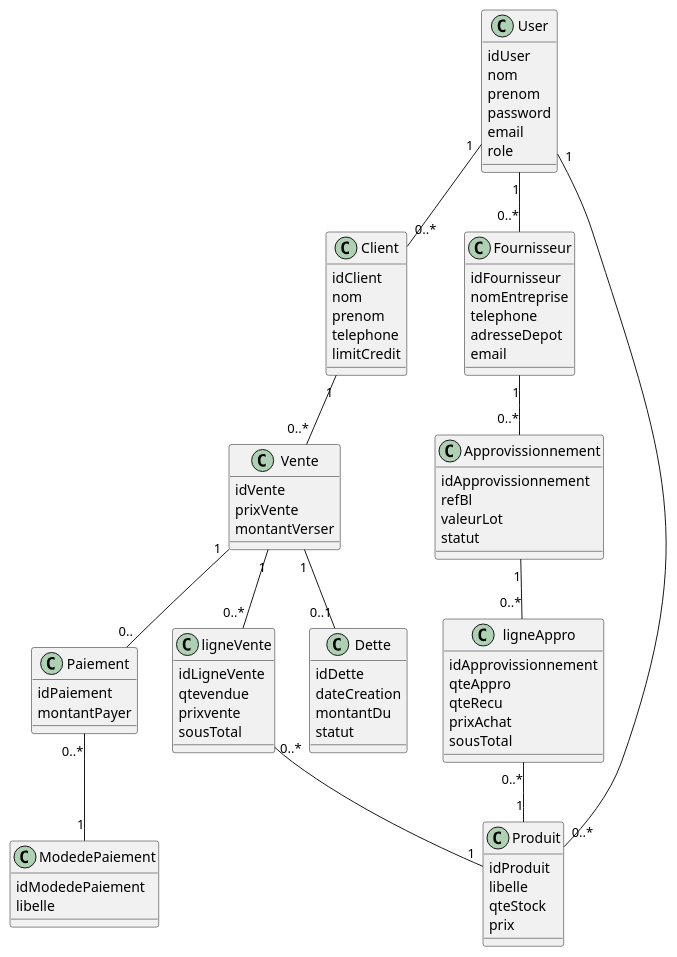
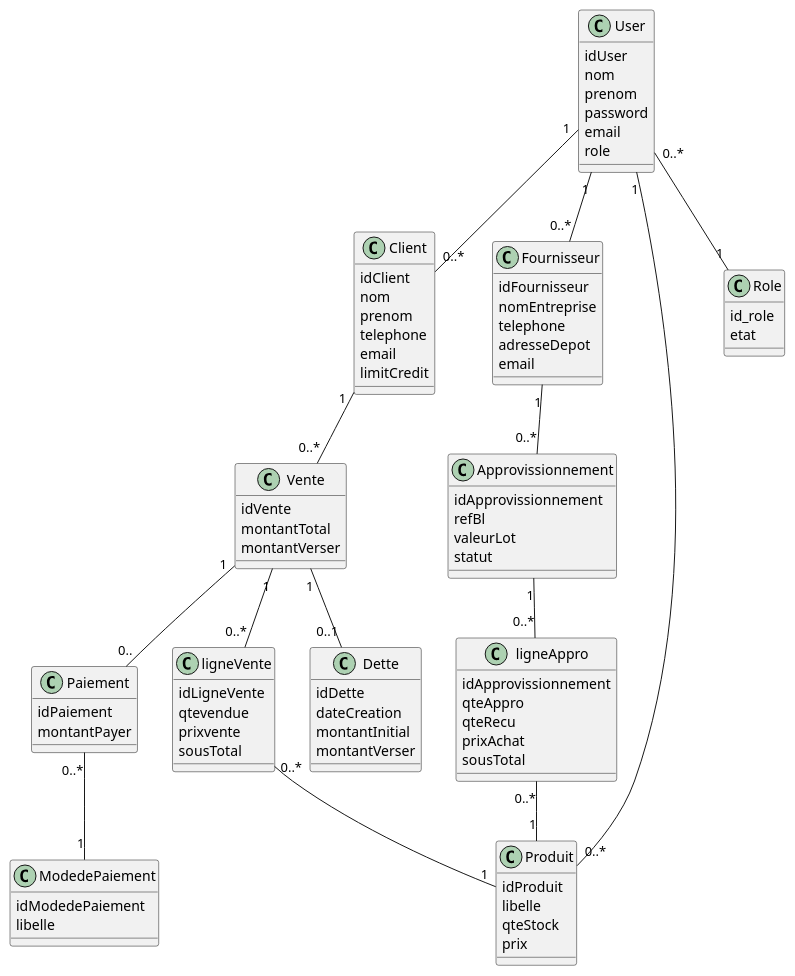
One commit to FatmataNdiaye06/StoreManager changed the diagram in docs/DiagrammeDeClasse.puml. Above: the diagram before and after it, drawn with PlantUML. The commit also changed 15 other files, not shown here.

```diff
--- a/docs/DiagrammeDeClasse.puml
+++ b/docs/DiagrammeDeClasse.puml
@@ -1,97 +1,106 @@
 @startuml use case
  class User{
     idUser 
     nom 
     prenom 
     password
     email
     role
  }
   class Client{
     idClient 
     nom 
     prenom 
     telephone
+    email
     limitCredit
    
  }
  class Fournisseur{
     idFournisseur
     nomEntreprise 
     telephone
     adresseDepot
     email 
    
  }
  
  class Approvissionnement{
     idApprovissionnement
     refBl 
     valeurLot
     statut
 
  }
   class ligneAppro{
     idApprovissionnement
     qteAppro
     qteRecu
     prixAchat
     sousTotal
 
  }
 
  class Vente{
     idVente
-    prixVente
+    montantTotal
     montantVerser
  }
 
  class ligneVente{
     idLigneVente
     qtevendue
     prixvente
     sousTotal
  }
  class Dette{
     idDette
     dateCreation
-    montantDu
-    statut
+    montantInitial 
+    montantVerser
  }
   class Produit{
     idProduit
     libelle
     qteStock
     prix
     
  }
   class Paiement{
     idPaiement
     montantPayer
     
  }
    class ModedePaiement{
     idModedePaiement
     libelle
     
  }
+ class Role{
+     id_role
+     etat 
+ }
+     
+
+
 
 User "1"--"0..*"Client
 User "1"--"0..*"Fournisseur
 User "1"--"0..*"Produit
+User "0..*"--"1"Role
 
 
 ligneVente "0..*"--"1"Produit
 Vente "1"--"0..*"ligneVente
 Paiement "0..*"--"1"ModedePaiement
 Fournisseur "1"--"0..*"Approvissionnement
 Approvissionnement "1"--"0..*"ligneAppro
 ligneAppro "0..*"--"1"Produit
 
 
 Vente "1"--"0..1"Dette
 Client "1"--"0..*"Vente
 Vente "1"--"0.."Paiement
 
 
 @enduml
```
